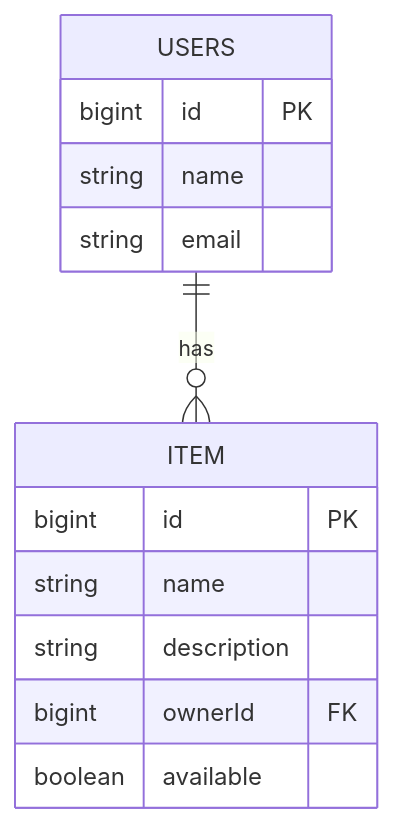
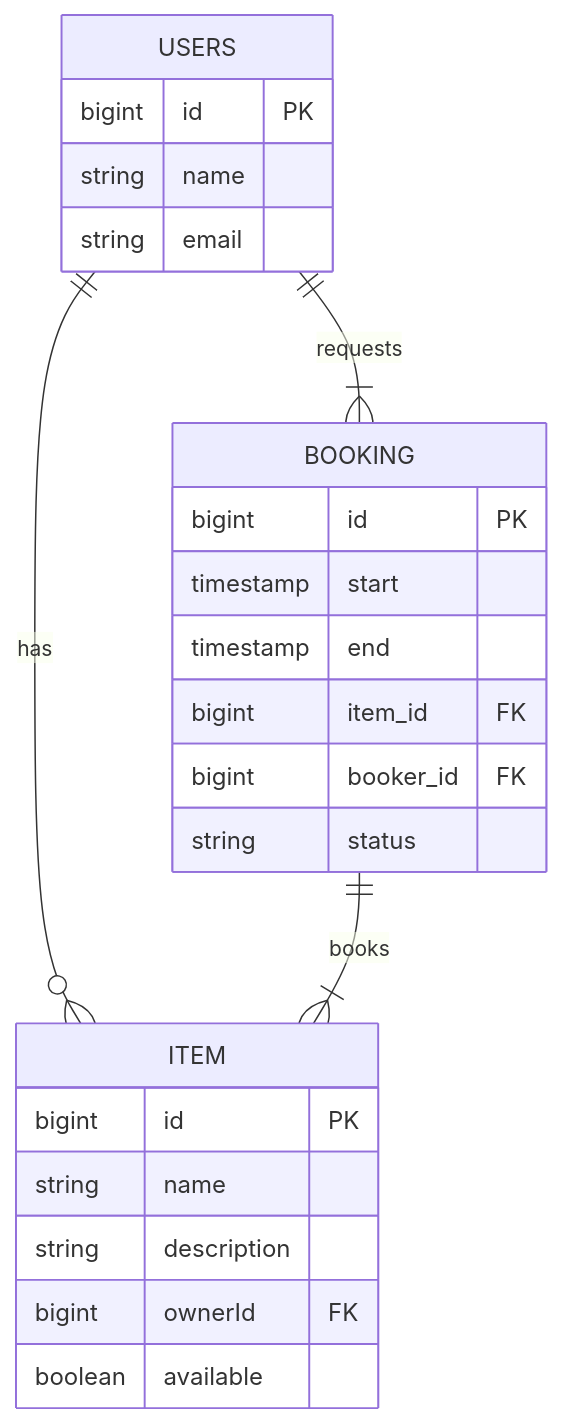
Before and after one commit to patonik/java-shareit: the diagram in README.md, drawn with Mermaid. The commit also changed 8 other files, not shown here.

````diff
--- a/README.md
+++ b/README.md
@@ -6,16 +6,26 @@
 ```mermaid
 erDiagram
     USERS ||--o{ ITEM: has
+    USERS ||--|{ BOOKING: requests
+    BOOKING ||--|{ ITEM: books
     USERS {
         bigint id PK
         string name
         string email
     }
     ITEM {
         bigint id PK
         string name
         string description
         bigint ownerId FK
         boolean available
     }
+    BOOKING {
+        bigint id PK
+        timestamp start
+        timestamp end
+        bigint item_id FK
+        bigint booker_id FK
+        string status
+    }
 ```
````
